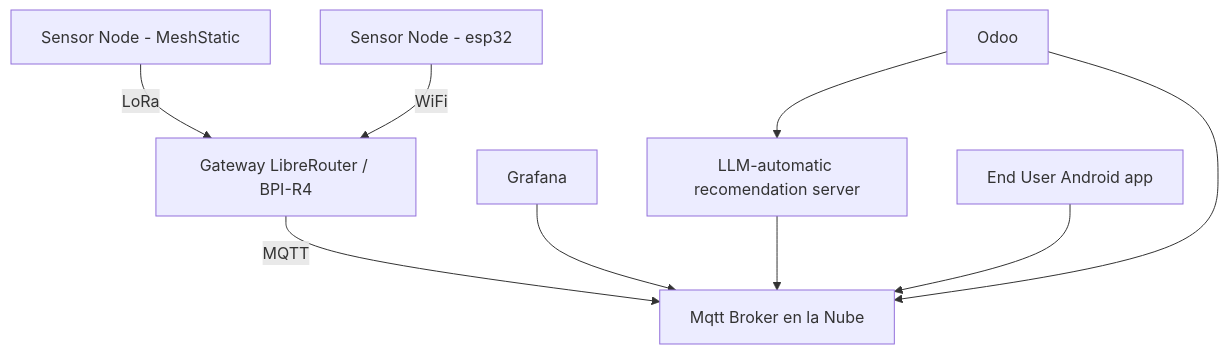
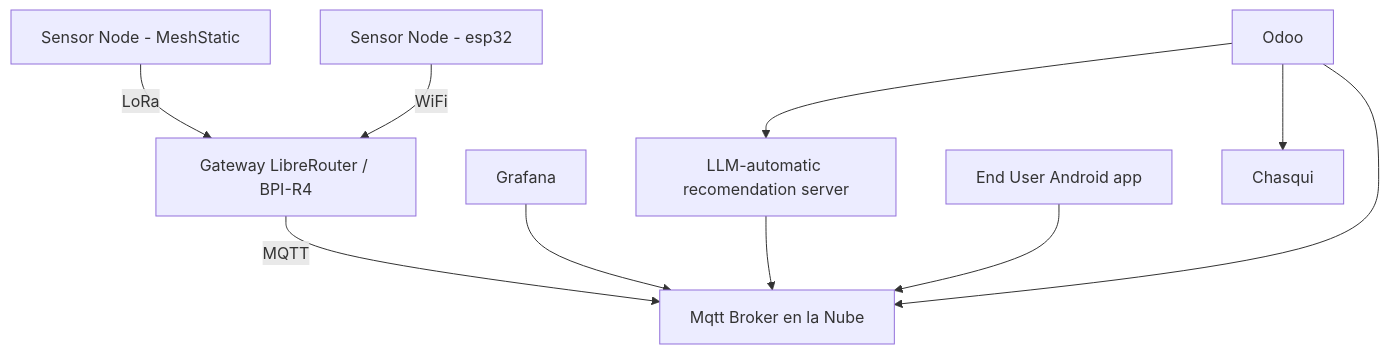
Before and after one commit to Pablomonte/incuwebsite: the diagram in docs/# Ecosistema informático para la agricultura familiar.md, drawn with Mermaid.

Commit message:
Update # Ecosistema informático para la agricultura familiar.md

````diff
--- a/docs/# Ecosistema informático para la agricultura familiar.md
+++ b/docs/# Ecosistema informático para la agricultura familiar.md
@@ -97,12 +97,13 @@
 ```mermaid
 graph TD
   A[Sensor Node - MeshStatic] -- LoRa --> B[Gateway LibreRouter / BPI-R4]
   
   B -- MQTT --> C[Mqtt Broker en la Nube]
   D[Grafana] -->  C[Mqtt Broker en la Nube]
   E[Sensor Node - esp32] -- WiFi --> B[Gateway LibreRouter / BPI-R4]
   F[LLM-automatic recomendation server]  -->  C[Mqtt Broker en la Nube]
   G[End User Android app] -->  C[Mqtt Broker en la Nube]
   H[Odoo]  -->  C[Mqtt Broker en la Nube]
   H[Odoo]  -->  F[LLM-automatic recomendation server]
+  H[Odoo]  -->  I[Chasqui] 
 ```
````
